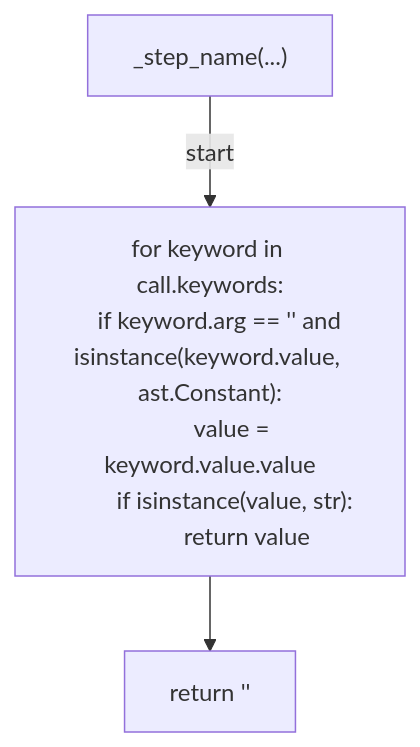
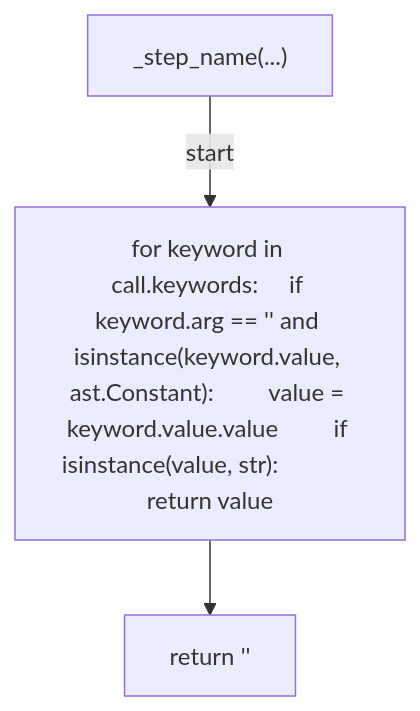
One commit to tvna/claude-md changed the fifth of 15 diagrams in docs/generated/scripts/ast/script_trigger_map.md. Above: the diagram before and after it, drawn with Mermaid. The commit also changed other lines of this file and 23 other files, not shown here.

First line of the commit message:
docs(generated): regenerate decision tree and workflow diagrams (batch 4/5)

````diff
--- a/docs/generated/scripts/ast/script_trigger_map.md
+++ b/docs/generated/scripts/ast/script_trigger_map.md
@@ -107,12 +77,8 @@
 ```mermaid
 flowchart TD
     N001["_step_name(...)"]
-    N002["for keyword in call.keywords:
-    if keyword.arg == '<str>' and isinstance(keyword.value, ast.Constant):
-        value = keyword.value.value
-        if isinstance(value, str):
-            return value"]
+    N002["for keyword in call.keywords:     if keyword.arg == '<str>' and isinstance(keyword.value, ast.Constant):         value = keyword.value.value         if isinstance(value, str):             return value"]
     N003["return '<str>'"]
     N001 -->|"start"| N002
     N002 --> N003
 ```
````
